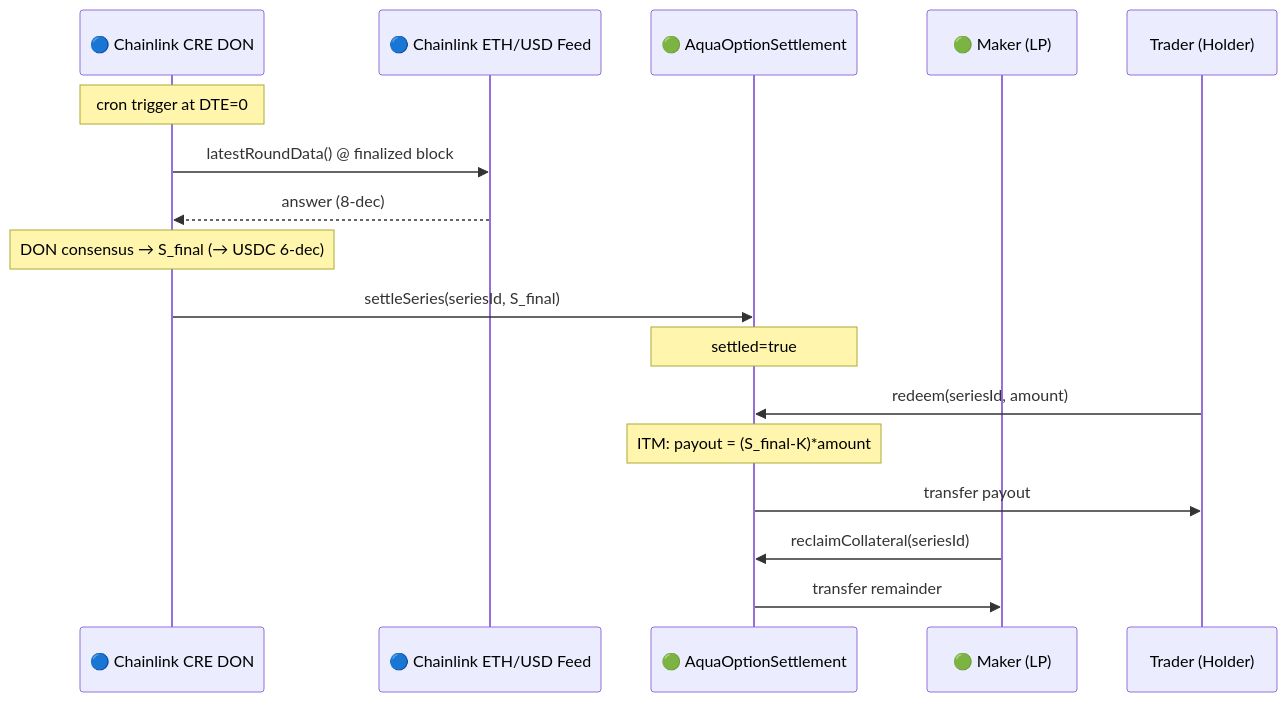
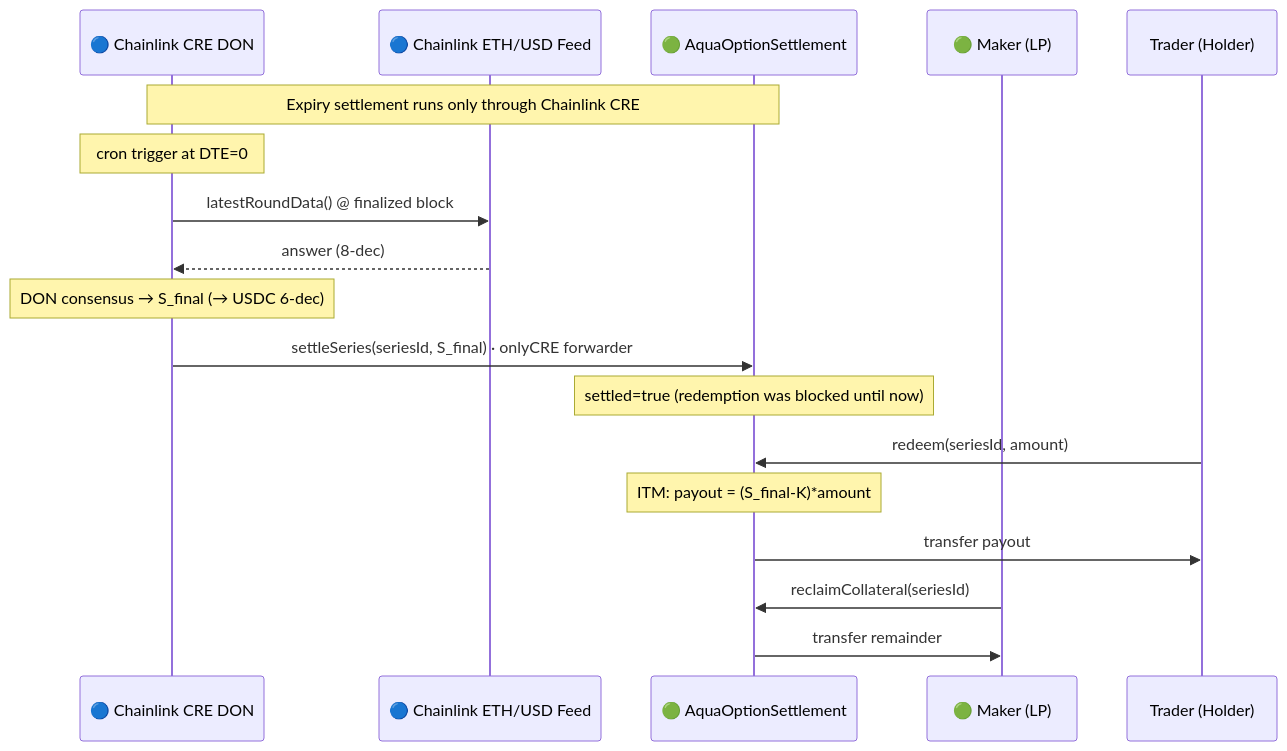
One commit to oslinin/Smile changed the seventh of 7 diagrams in README.md. Above: the diagram before and after it, drawn with Mermaid. The commit also changed other lines of this file, not shown here.

First line of the commit message:
Document verified CRE CLI simulation in README §6

````diff
--- a/README.md
+++ b/README.md
@@ -255,20 +269,21 @@
 ```mermaid
 sequenceDiagram
     participant CRE as 🔵 Chainlink CRE DON
     participant Feed as 🔵 Chainlink ETH/USD Feed
     participant Settlement as 🟢 AquaOptionSettlement
     participant Maker as 🟢 Maker (LP)
     participant Holder as Trader (Holder)
 
+    Note over CRE,Settlement: Expiry settlement runs only through Chainlink CRE
     Note over CRE: cron trigger at DTE=0
     CRE->>Feed: latestRoundData() @ finalized block
     Feed-->>CRE: answer (8-dec)
     Note over CRE: DON consensus → S_final (→ USDC 6-dec)
-    CRE->>Settlement: settleSeries(seriesId, S_final)
-    Note over Settlement: settled=true
+    CRE->>Settlement: settleSeries(seriesId, S_final) · onlyCRE forwarder
+    Note over Settlement: settled=true (redemption was blocked until now)
     Holder->>Settlement: redeem(seriesId, amount)
     Note over Settlement: ITM: payout = (S_final-K)*amount
     Settlement->>Holder: transfer payout
     Maker->>Settlement: reclaimCollateral(seriesId)
     Settlement->>Maker: transfer remainder
 ```
````
